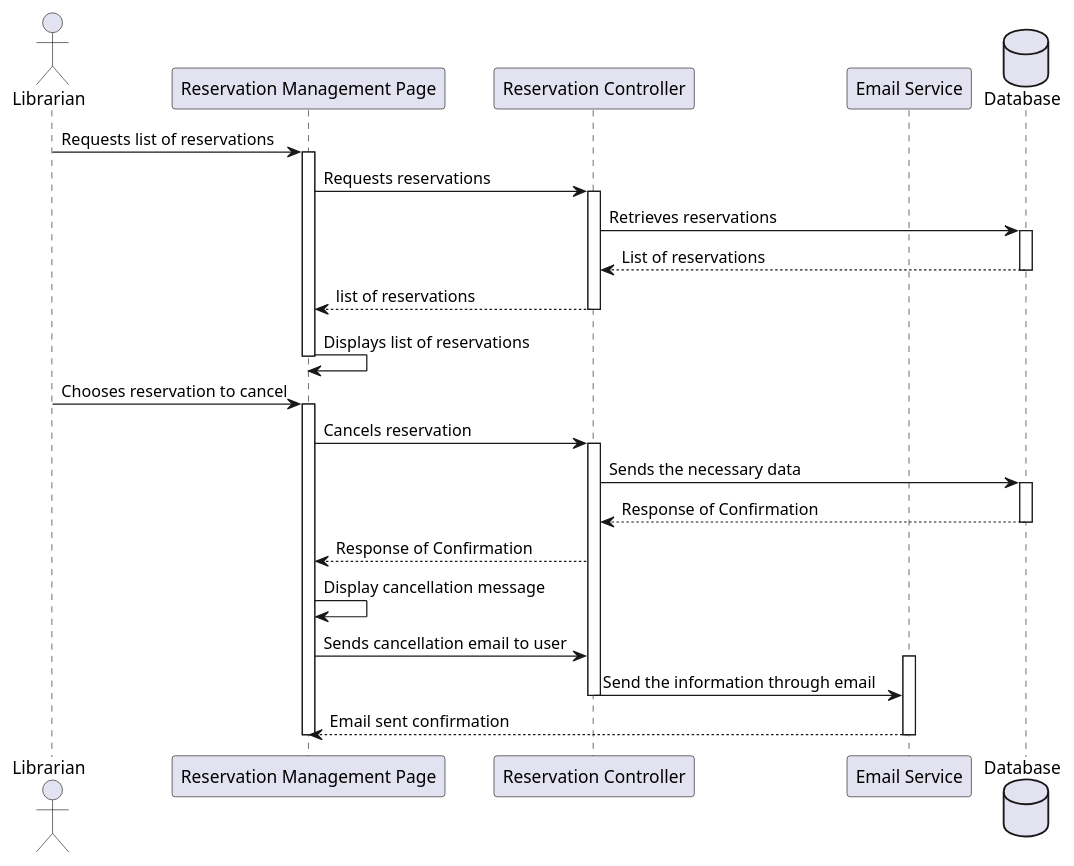
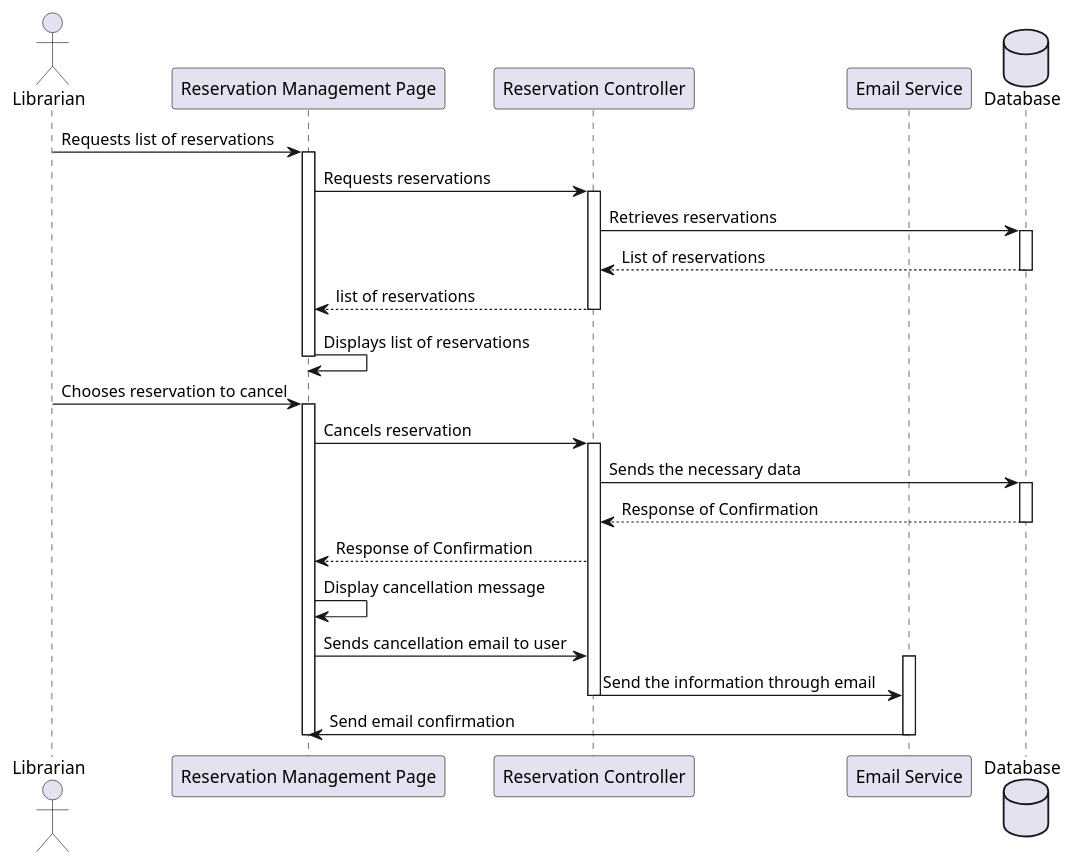
One commit to bartucank/mlm changed the diagram in docs/umlDiagrams/Sequence Diagrams/CancelReservation.puml. Above: the diagram before and after it, drawn with PlantUML. The commit also changed 3 other files, not shown here.

Commit message:
simulation fix and fixed sequence diagrams

```diff
--- a/docs/umlDiagrams/Sequence Diagrams/CancelReservation.puml
+++ b/docs/umlDiagrams/Sequence Diagrams/CancelReservation.puml
@@ -1,45 +1,45 @@
 @startuml
 actor "Librarian" as Librarian
 participant "Reservation Management Page" as System
 participant "Reservation Controller" as Controller
 participant "Email Service" as Email
 database "Database" as Database
 
 Librarian -> System: Requests list of reservations
 activate System
 
 System -> Controller: Requests reservations
 activate Controller
 
 Controller -> Database: Retrieves reservations
 activate Database
 Database --> Controller: List of reservations
 deactivate Database
 Controller --> System:  list of reservations
 deactivate Controller
 
 System -> System: Displays list of reservations
 deactivate System
 
 Librarian -> System: Chooses reservation to cancel
 activate System
 
 System -> Controller: Cancels reservation
 activate Controller
 Controller -> Database: Sends the necessary data
 activate Database
 Database --> Controller: Response of Confirmation
 deactivate Database
 Controller --> System: Response of Confirmation
 System -> System: Display cancellation message
 
 
 System -> Controller: Sends cancellation email to user
 activate Email
 Controller -> Email:Send the information through email
 deactivate Controller
-Email --> System: Email sent confirmation
+Email -> System: Send email confirmation
 deactivate Email
 
 deactivate System
 @enduml
```
